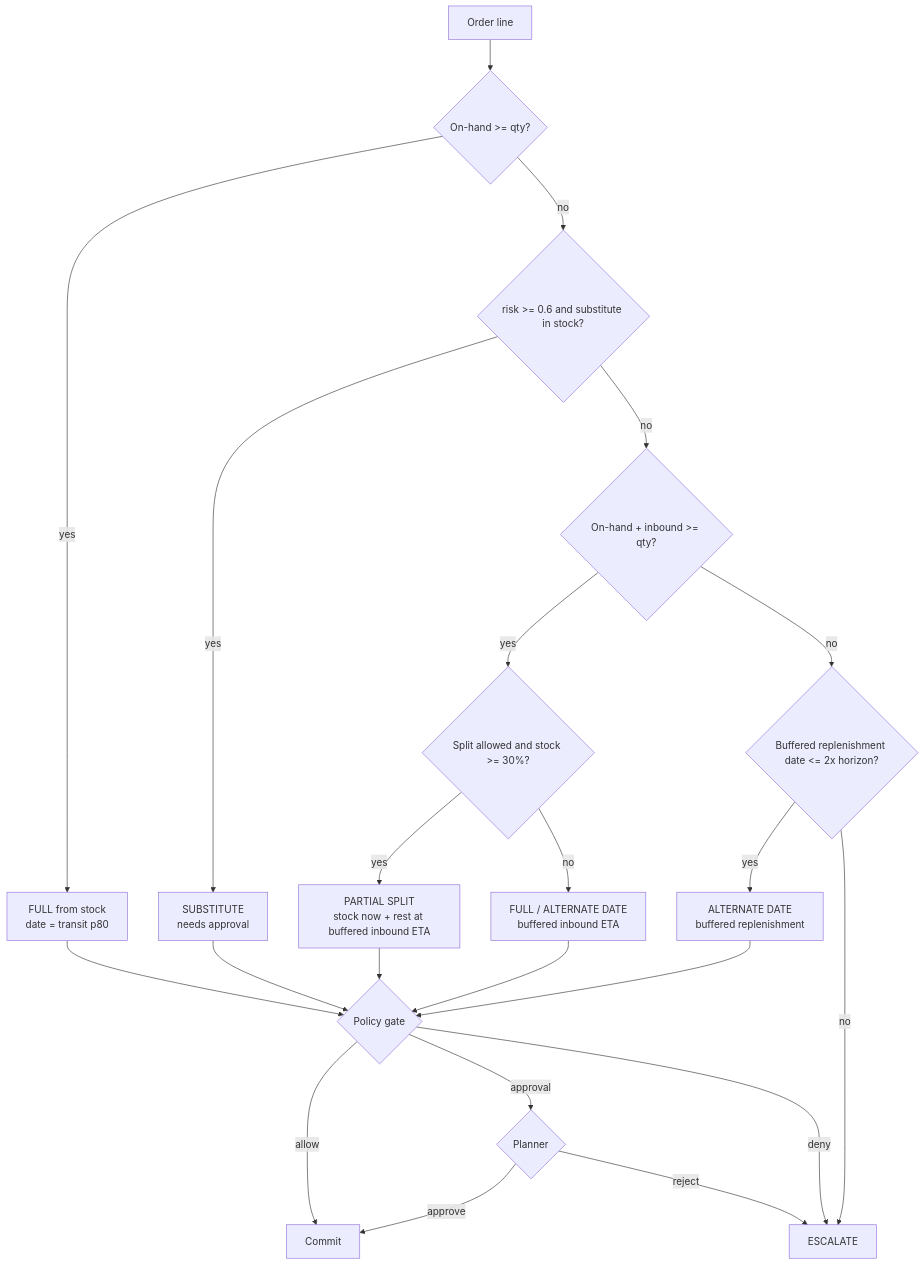
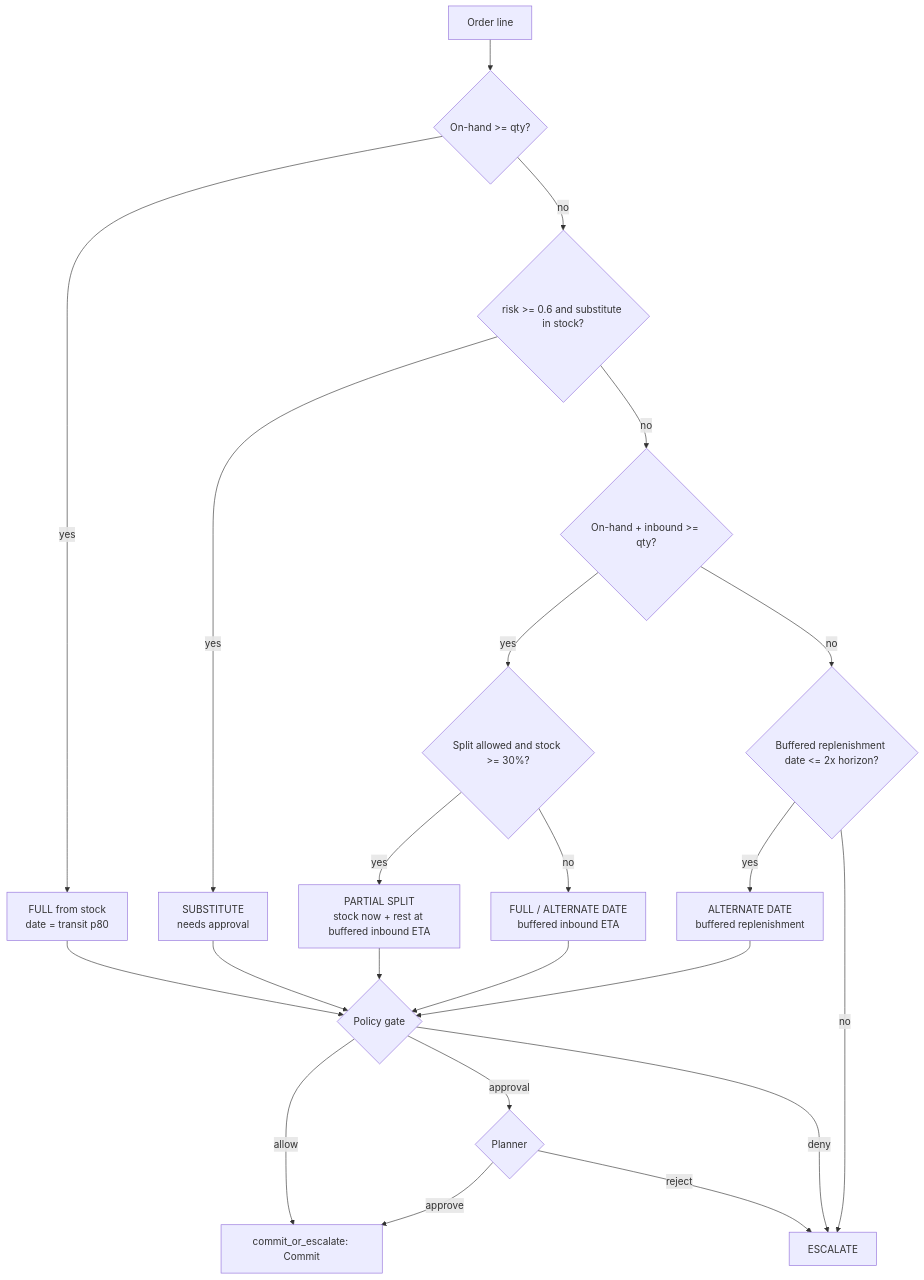
One commit to padmanpisupati/demand-aware-order-promising changed the diagram in docs/diagrams/decision-flow.md. Above: the diagram before and after it, drawn with Mermaid. The commit also changed other lines of this file and 12 other files, not shown here.

````diff
--- a/docs/diagrams/decision-flow.md
+++ b/docs/diagrams/decision-flow.md
@@ -3,20 +3,20 @@
 ```mermaid
 flowchart TD
   A[Order line] --> B{On-hand >= qty?}
   B -- yes --> F1[FULL from stock<br/>date = transit p80]
   B -- no --> C{risk >= 0.6 and substitute in stock?}
   C -- yes --> F2[SUBSTITUTE<br/>needs approval]
   C -- no --> D{On-hand + inbound >= qty?}
   D -- yes --> E{Split allowed and stock >= 30%?}
   E -- yes --> F3[PARTIAL SPLIT<br/>stock now + rest at buffered inbound ETA]
   E -- no --> F4[FULL / ALTERNATE DATE<br/>buffered inbound ETA]
   D -- no --> G{Buffered replenishment date <= 2x horizon?}
   G -- yes --> F5[ALTERNATE DATE<br/>buffered replenishment]
   G -- no --> F6[ESCALATE]
   F1 & F2 & F3 & F4 & F5 --> PG{Policy gate}
-  PG -- allow --> C1[Commit]
+  PG -- allow --> C1[commit_or_escalate: Commit]
   PG -- approval --> H{Planner}
   H -- approve --> C1
   H -- reject --> F6
   PG -- deny --> F6
 ```
````
